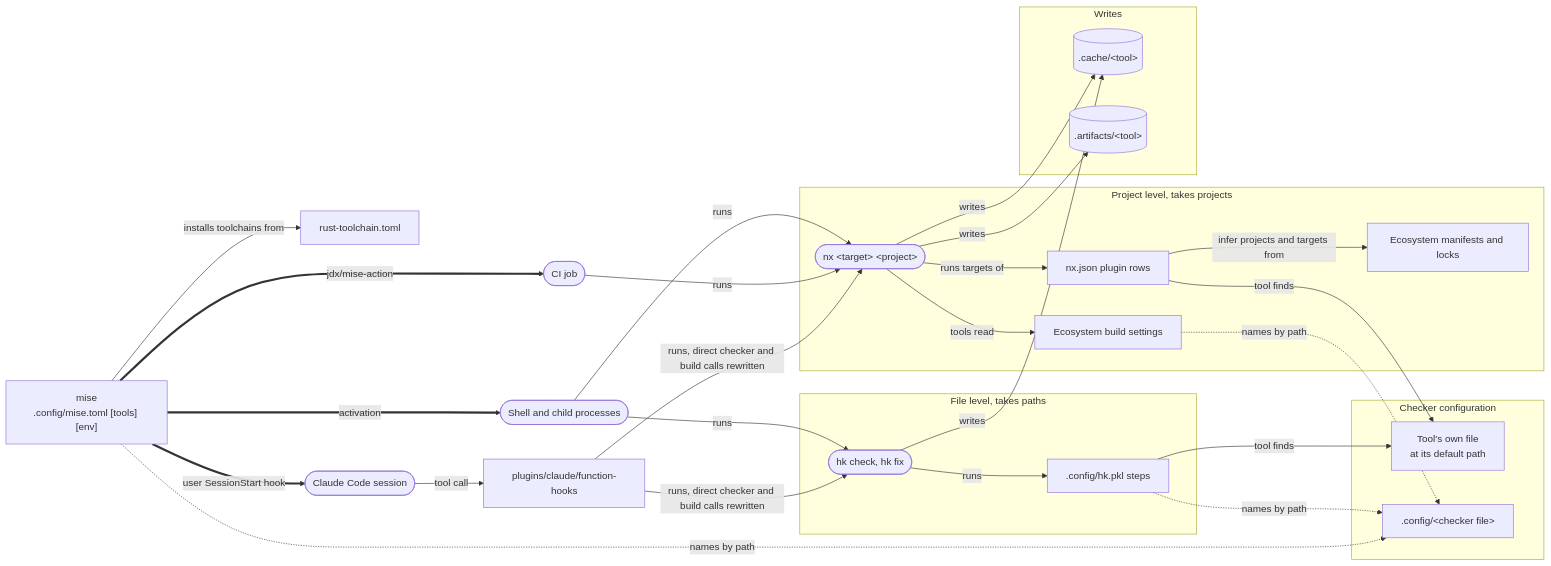
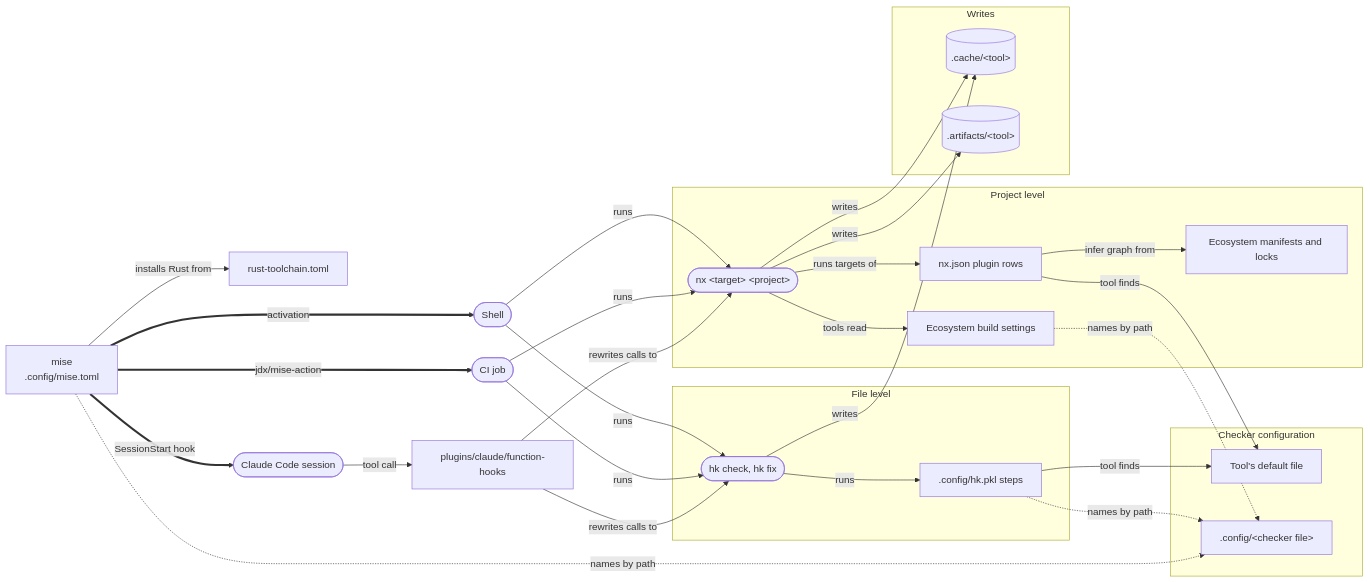
Before and after one commit to bsamiee/Rasm: the diagram in README.md, drawn with Mermaid. The commit also changed other lines of this file, not shown here.

First line of the commit message:
docs: regroup README by work order, fold the commands section into its owning sections, and trim the flow diagram to what it shows

````diff
--- a/README.md
+++ b/README.md
@@ -81,48 +89,47 @@
 ```mermaid
 flowchart LR
-    versions["rust-toolchain.toml"]
-    mise["mise<br/>.config/mise.toml [tools] [env]"]
-    shell(["Shell and child processes"])
+    rust["rust-toolchain.toml"]
+    mise["mise<br/>.config/mise.toml"]
+    shell(["Shell"])
     claude(["Claude Code session"])
     ci(["CI job"])
     hooks["plugins/claude/function-hooks"]
 
-    subgraph file["File level, takes paths"]
+    subgraph file["File level"]
         hk(["hk check, hk fix"])
         steps[".config/hk.pkl steps"]
     end
 
-    subgraph project["Project level, takes projects"]
+    subgraph project["Project level"]
         nx(["nx #lt;target#gt; #lt;project#gt;"])
         plugins["nx.json plugin rows"]
         manifests["Ecosystem manifests and locks"]
         build["Ecosystem build settings"]
     end
 
     subgraph config["Checker configuration"]
-        found["Tool's own file<br/>at its default path"]
+        found["Tool's default file"]
         named[".config/#lt;checker file#gt;"]
     end
 
     subgraph writes["Writes"]
         cache[(".cache/#lt;tool#gt;")]
         artifacts[(".artifacts/#lt;tool#gt;")]
     end
 
-    mise -->|installs toolchains from| versions
+    mise -->|installs Rust from| rust
     mise ==>|activation| shell
-    mise ==>|user SessionStart hook| claude
+    mise ==>|SessionStart hook| claude
     mise ==>|jdx/mise-action| ci
-    shell -->|runs| hk & nx
-    ci -->|runs| nx
+    shell & ci -->|runs| hk & nx
     claude -->|tool call| hooks
-    hooks -->|runs, direct checker and build calls rewritten| hk & nx
+    hooks -->|rewrites calls to| hk & nx
     hk -->|runs| steps
     nx -->|runs targets of| plugins
-    plugins -->|infer projects and targets from| manifests
+    plugins -->|infer graph from| manifests
     nx -->|tools read| build
     steps & plugins -->|tool finds| found
     steps & build & mise -.->|names by path| named
     hk -->|writes| cache
     nx -->|writes| cache & artifacts
 ```
````
